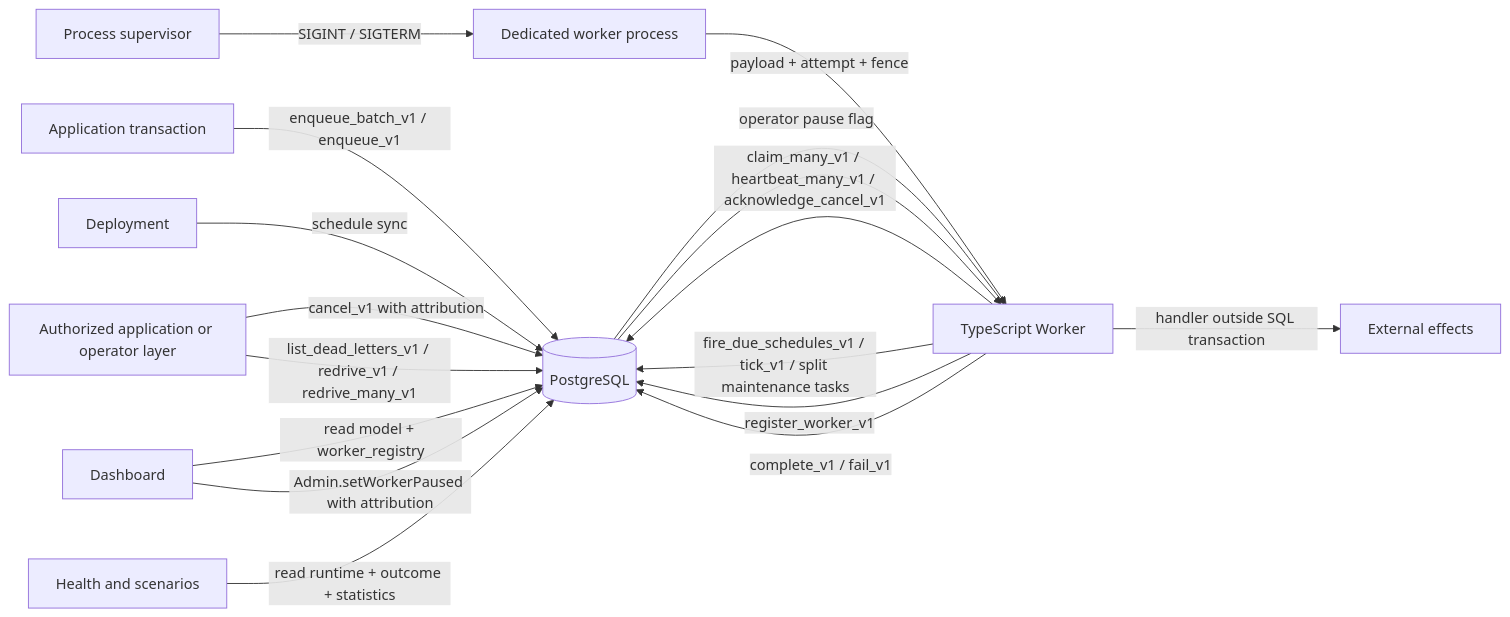
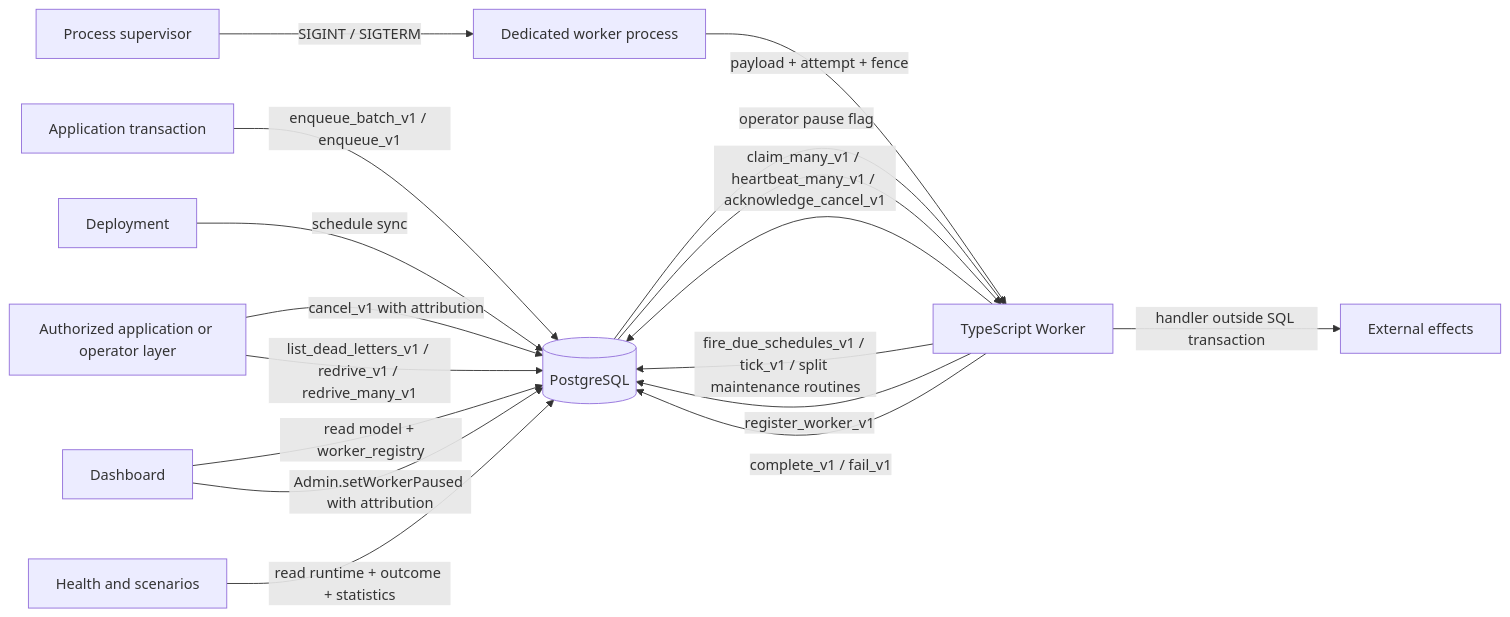
Before and after one commit to stablemates/workhorse: the first of 3 diagrams in docs/architecture.md, drawn with Mermaid. The commit also changed other lines of this file and 46 other files, not shown here.

````diff
--- a/docs/architecture.md
+++ b/docs/architecture.md
@@ -795,19 +795,19 @@
 ```mermaid
 flowchart LR
   App[Application transaction] -->|enqueue_batch_v1 / enqueue_v1| PG[(PostgreSQL)]
   Deploy[Deployment] -->|schedule sync| PG
   Supervisor[Process supervisor] -->|SIGINT / SIGTERM| WorkerProcess[Dedicated worker process]
   WorkerProcess --> Worker[TypeScript Worker]
   Worker[TypeScript Worker] -->|claim_many_v1 / heartbeat_many_v1 / acknowledge_cancel_v1| PG
   Operator[Authorized application or operator layer] -->|cancel_v1 with attribution| PG
   Operator -->|list_dead_letters_v1 / redrive_v1 / redrive_many_v1| PG
-  Worker -->|fire_due_schedules_v1 / tick_v1 / split maintenance tasks| PG
+  Worker -->|fire_due_schedules_v1 / tick_v1 / split maintenance routines| PG
   Worker -->|register_worker_v1| PG
   PG -->|payload + attempt + fence| Worker
   PG -->|operator pause flag| Worker
   Worker -->|handler outside SQL transaction| Effects[External effects]
   Worker -->|complete_v1 / fail_v1| PG
   Dashboard -->|read model + worker_registry| PG
   Dashboard -->|Admin.setWorkerPaused with attribution| PG
   Health[Health and scenarios] -->|read runtime + outcome + statistics| PG
 ```
````
